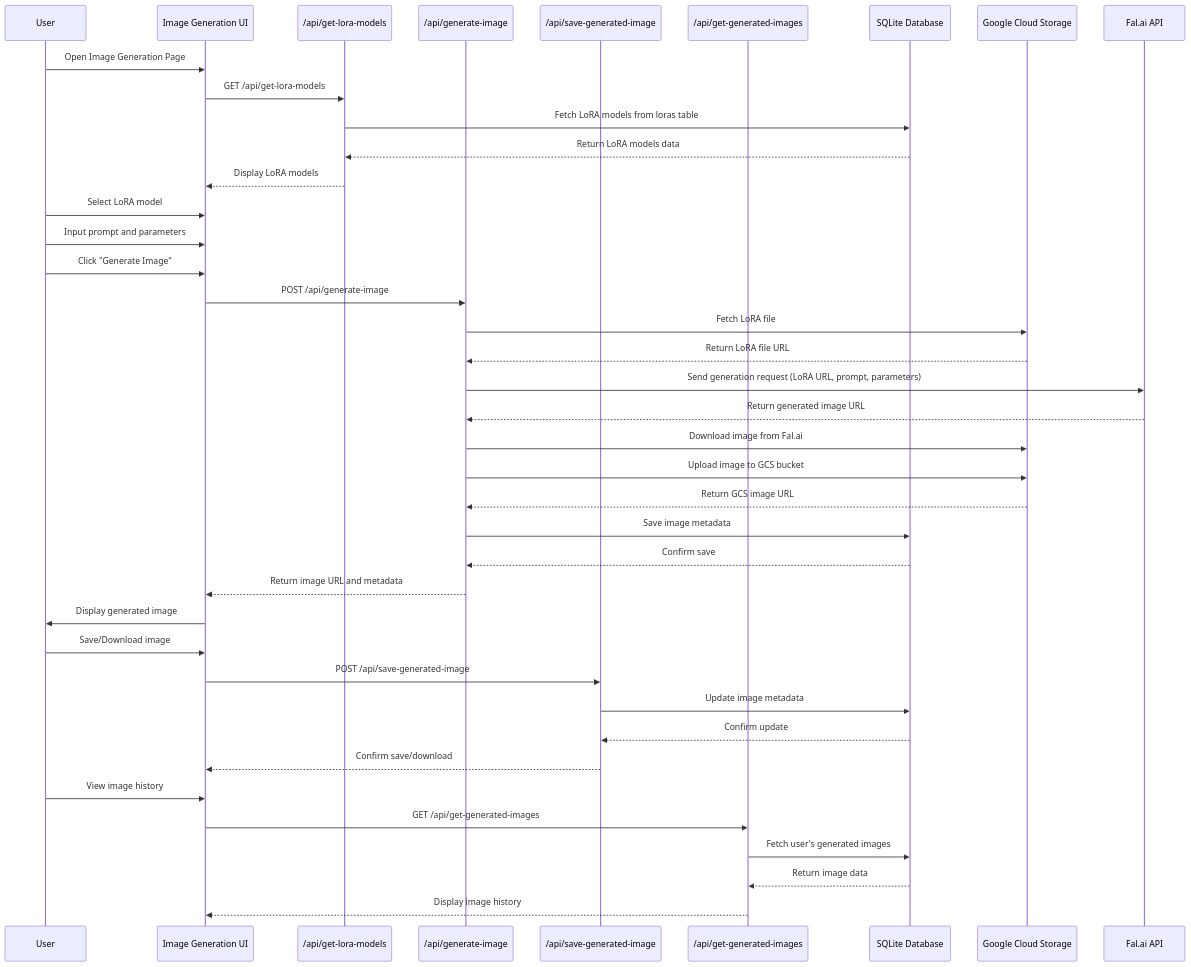
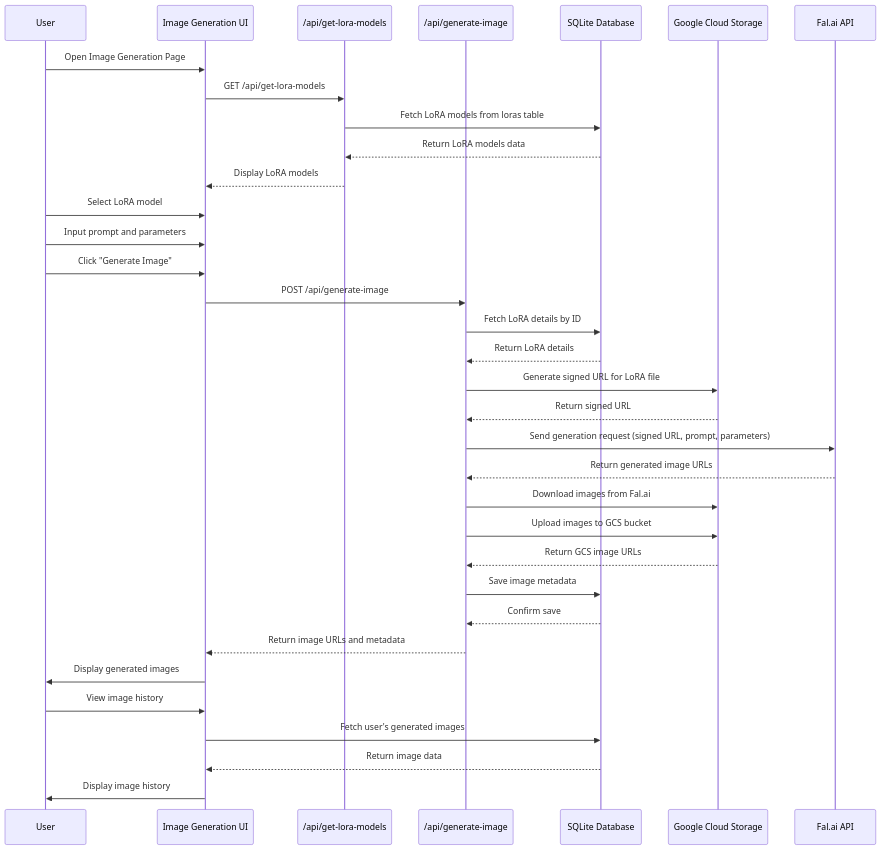
Before and after one commit to misterfancysocks/img-model-training-experiment: the diagram in _specs/img-generation/img-generation-sequence-diagram.md, drawn with Mermaid. The commit also changed 9 other files, not shown here.

Commit message:
image generation up

````diff
--- a/_specs/img-generation/img-generation-sequence-diagram.md
+++ b/_specs/img-generation/img-generation-sequence-diagram.md
@@ -1,46 +1,39 @@
 ```mermaid
 sequenceDiagram
     participant User
     participant UI as Image Generation UI
     participant GetLoras as /api/get-lora-models
     participant GenImage as /api/generate-image
-    participant SaveImage as /api/save-generated-image
-    participant GetImages as /api/get-generated-images
     participant DB as SQLite Database
     participant GCS as Google Cloud Storage
     participant Fal as Fal.ai API
 
     User->>UI: Open Image Generation Page
     UI->>GetLoras: GET /api/get-lora-models
     GetLoras->>DB: Fetch LoRA models from loras table
     DB-->>GetLoras: Return LoRA models data
     GetLoras-->>UI: Display LoRA models
 
     User->>UI: Select LoRA model
     User->>UI: Input prompt and parameters
     User->>UI: Click "Generate Image"
     UI->>GenImage: POST /api/generate-image
-    GenImage->>GCS: Fetch LoRA file
-    GCS-->>GenImage: Return LoRA file URL
-    GenImage->>Fal: Send generation request (LoRA URL, prompt, parameters)
-    Fal-->>GenImage: Return generated image URL
-    GenImage->>GCS: Download image from Fal.ai
-    GenImage->>GCS: Upload image to GCS bucket
-    GCS-->>GenImage: Return GCS image URL
+    GenImage->>DB: Fetch LoRA details by ID
+    DB-->>GenImage: Return LoRA details
+    GenImage->>GCS: Generate signed URL for LoRA file
+    GCS-->>GenImage: Return signed URL
+    GenImage->>Fal: Send generation request (signed URL, prompt, parameters)
+    Fal-->>GenImage: Return generated image URLs
+    GenImage->>GCS: Download images from Fal.ai
+    GenImage->>GCS: Upload images to GCS bucket
+    GCS-->>GenImage: Return GCS image URLs
     GenImage->>DB: Save image metadata
     DB-->>GenImage: Confirm save
-    GenImage-->>UI: Return image URL and metadata
-    UI->>User: Display generated image
-
-    User->>UI: Save/Download image
-    UI->>SaveImage: POST /api/save-generated-image
-    SaveImage->>DB: Update image metadata
-    DB-->>SaveImage: Confirm update
-    SaveImage-->>UI: Confirm save/download
+    GenImage-->>UI: Return image URLs and metadata
+    UI->>User: Display generated images
 
     User->>UI: View image history
-    UI->>GetImages: GET /api/get-generated-images
-    GetImages->>DB: Fetch user's generated images
-    DB-->>GetImages: Return image data
-    GetImages-->>UI: Display image history
+    UI->>DB: Fetch user's generated images
+    DB-->>UI: Return image data
+    UI->>User: Display image history
 ```
````
